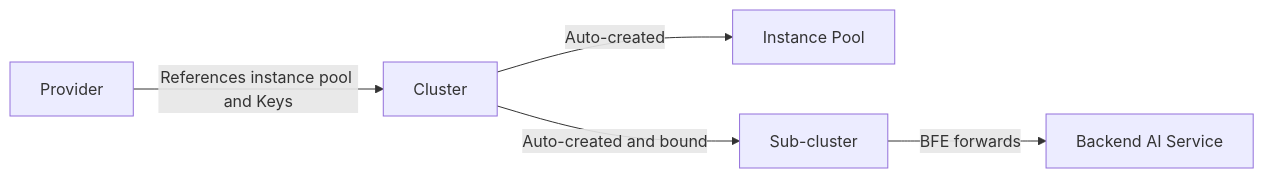
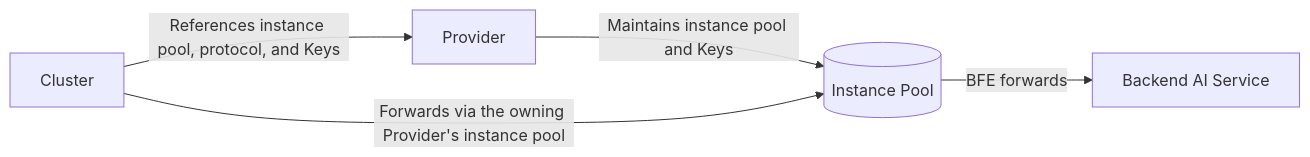
The diagram in en_us/operation/chapter21-cluster-and-route-config.md (mileszhang2016/rainway-book), drawn with Mermaid before and after one commit. The commit also changed other lines of this file and 23 other files, not shown here.

````diff
--- a/en_us/operation/chapter21-cluster-and-route-config.md
+++ b/en_us/operation/chapter21-cluster-and-route-config.md
@@ -13,7 +13,7 @@
 ```mermaid
 graph LR
-    A[Provider] -->|References instance pool and Keys| B[Cluster]
-    B -->|Auto-created| C[Instance Pool]
-    B -->|Auto-created and bound| D[Sub-cluster]
-    D -->|BFE forwards| E[Backend AI Service]
+    A[Provider] -->|Maintains instance pool and Keys| C[(Instance Pool)]
+    B[Cluster] -->|References instance pool, protocol, and Keys| A
+    B -->|Forwards via the owning Provider's instance pool| C
+    C -->|BFE forwards| E[Backend AI Service]
 ```
````
